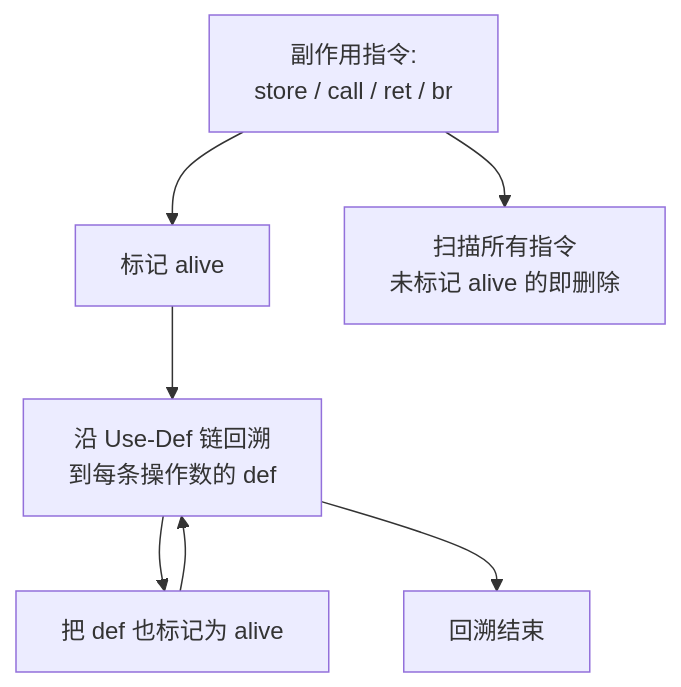
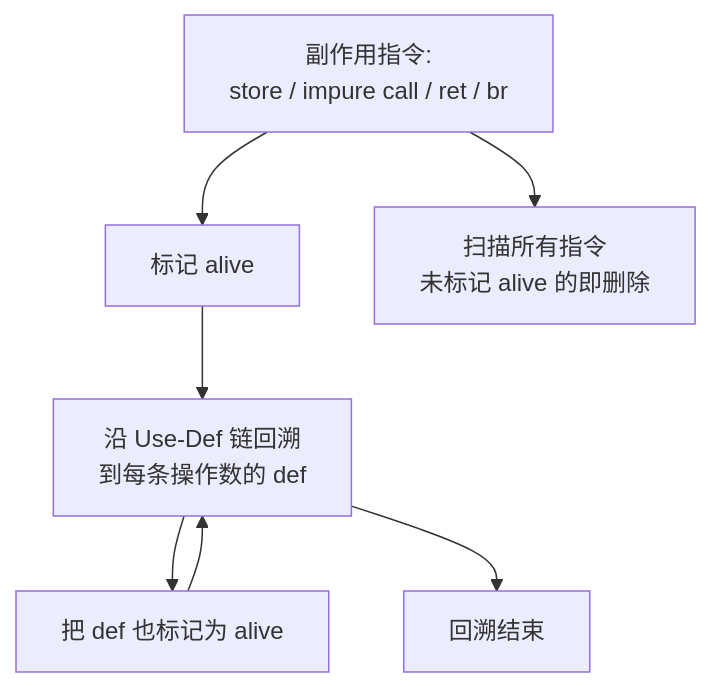
Before and after one commit to lightsmilew/compiler-principles: the second of 3 diagrams in docs/optim/ir-dce.md, drawn with Mermaid. The commit also changed other lines of this file and 5 other files, not shown here.

````diff
--- a/docs/optim/ir-dce.md
+++ b/docs/optim/ir-dce.md
@@ -113,9 +117,9 @@
 ```mermaid
 flowchart TD
-  Roots[副作用指令:<br/>store / call / ret / br] --> Mark1[标记 alive]
+  Roots[副作用指令:<br/>store / impure call / ret / br] --> Mark1[标记 alive]
   Mark1 --> Follow[沿 Use-Def 链回溯<br/>到每条操作数的 def]
   Follow --> Mark2[把 def 也标记为 alive]
   Mark2 --> Follow
   Follow --> Done[回溯结束]
   Roots --> Sweep[扫描所有指令<br/>未标记 alive 的即删除]
 ```
````
